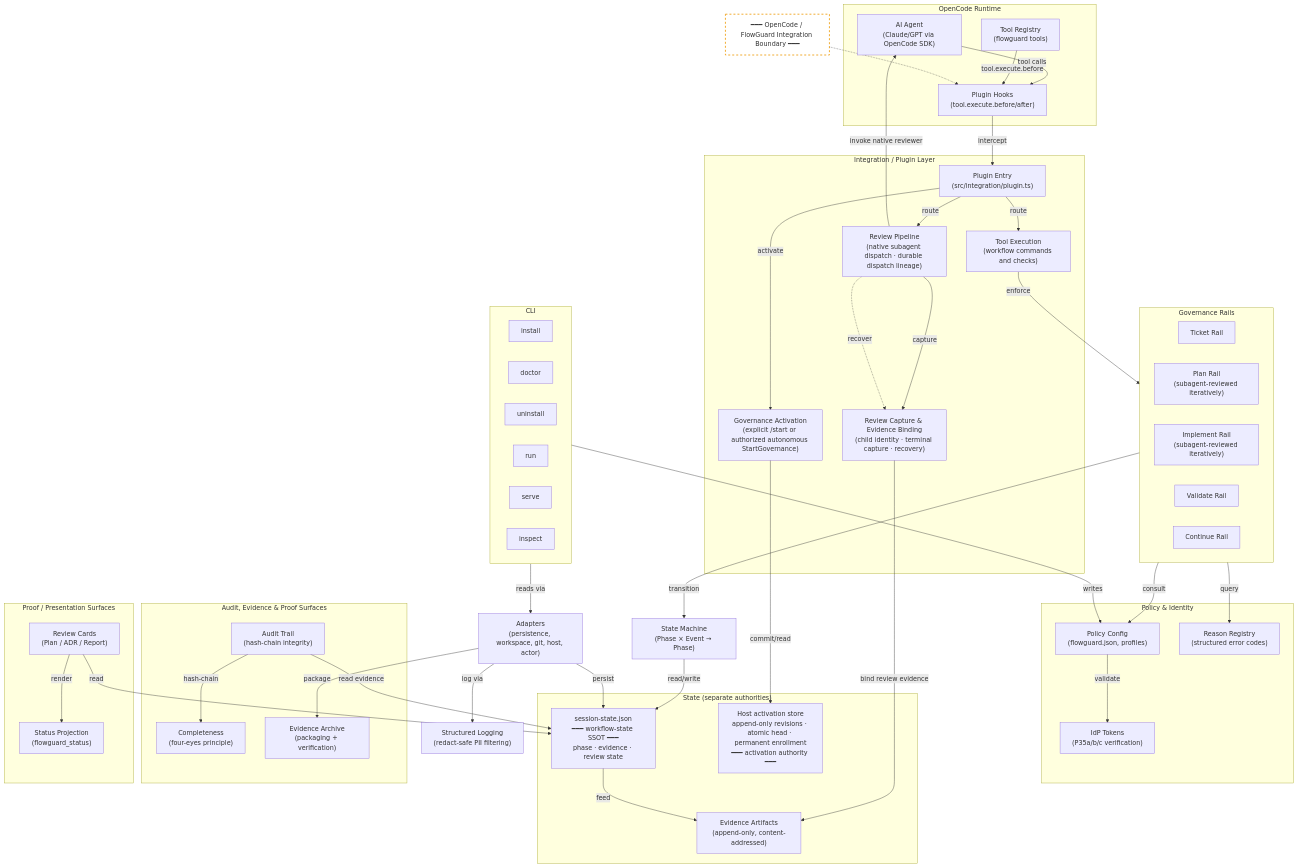
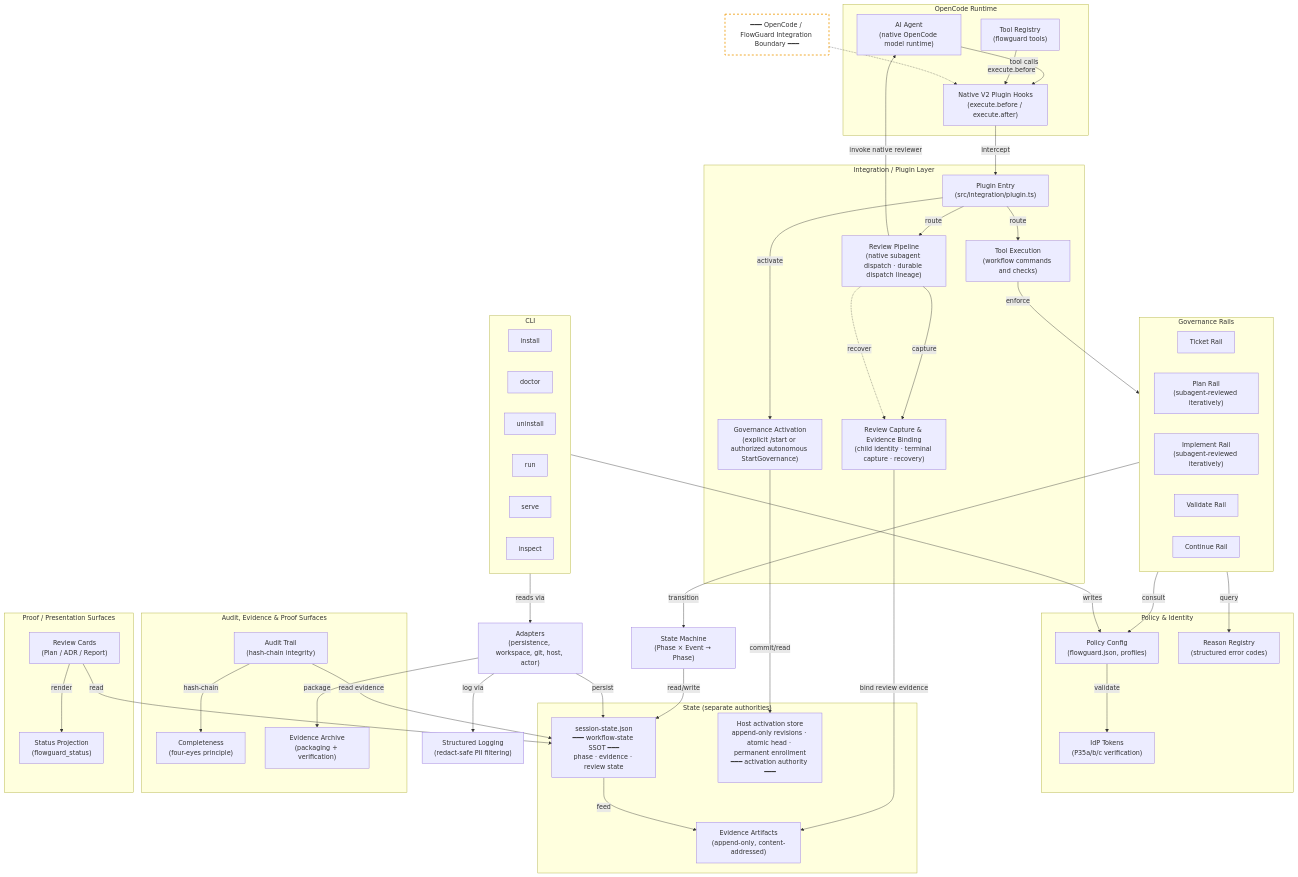
The diagram in docs/architecture/architecture-diagram.md (koeppben23/governed-runtime), drawn with Mermaid before and after one commit. The commit also changed 58 other files, not shown here.

```diff
--- a/docs/architecture/architecture-diagram.md
+++ b/docs/architecture/architecture-diagram.md
@@ -13,8 +13,8 @@
 graph TD
   %% ── OpenCode Boundary (External) ──
   subgraph OpenCode["OpenCode Runtime"]
-    Agent["AI Agent<br/>(Claude/GPT via OpenCode SDK)"]
-    Hooks["Plugin Hooks<br/>(tool.execute.before/after)"]
+    Agent["AI Agent<br/>(native OpenCode model runtime)"]
+    Hooks["Native V2 Plugin Hooks<br/>(execute.before / execute.after)"]
     Tools["Tool Registry<br/>(flowguard tools)"]
   end
 
@@ -87,7 +87,7 @@
 
   %% ── Connections ──
   Agent -->|tool calls| Hooks
-  Tools -->|tool.execute.before| Hooks
+  Tools -->|execute.before| Hooks
   Hooks -->|intercept| PluginEntry
   PluginEntry -->|activate| Activation
   PluginEntry -->|route| ReviewPipeline
```
